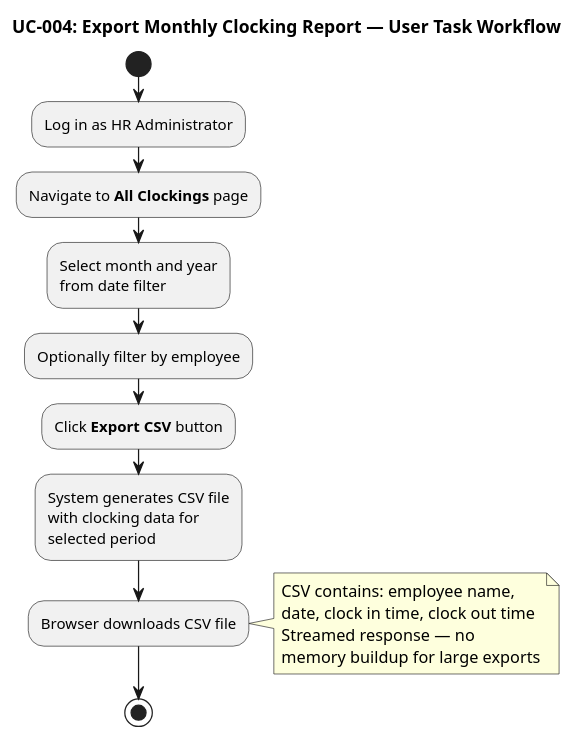
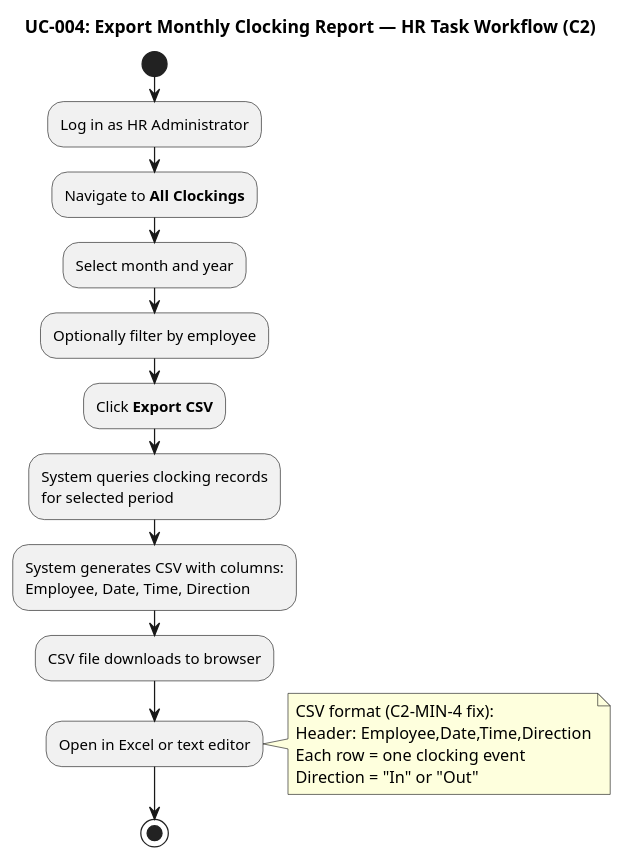
One commit to banense-test/portal-cuba-corp changed the third of 10 diagrams in docs/artifacts/deployment/user-documentation.md. Above: the diagram before and after it, drawn with PlantUML. The commit also changed other lines of this file, not shown here.

First line of the commit message:
Technical Writer [C2]: upsert User Documentation

````diff
--- a/docs/artifacts/deployment/user-documentation.md
+++ b/docs/artifacts/deployment/user-documentation.md
@@ -199,27 +199,32 @@
 ```plantuml
 @startuml
-title UC-004: Export Monthly Clocking Report — User Task Workflow
+title UC-004: Export Monthly Clocking Report — HR Task Workflow (C2)
 
 skinparam activityStyle rounded
 
 start
 :Log in as HR Administrator;
-:Navigate to **All Clockings** page;
-:Select month and year\nfrom date filter;
+:Navigate to **All Clockings**;
+
+:Select month and year;
 :Optionally filter by employee;
-:Click **Export CSV** button;
 
-:System generates CSV file\nwith clocking data for\nselected period;
-:Browser downloads CSV file;
+:Click **Export CSV**;
+
+:System queries clocking records\nfor selected period;
+:System generates CSV with columns:\nEmployee, Date, Time, Direction;
+
+:CSV file downloads to browser;
+:Open in Excel or text editor;
 
 note right
-  CSV contains: employee name,
-  date, clock in time, clock out time
-  Streamed response — no
-  memory buildup for large exports
+  CSV format (C2-MIN-4 fix):
+  Header: Employee,Date,Time,Direction
+  Each row = one clocking event
+  Direction = "In" or "Out"
 end note
 
 stop
 
 @enduml
 ```
````
